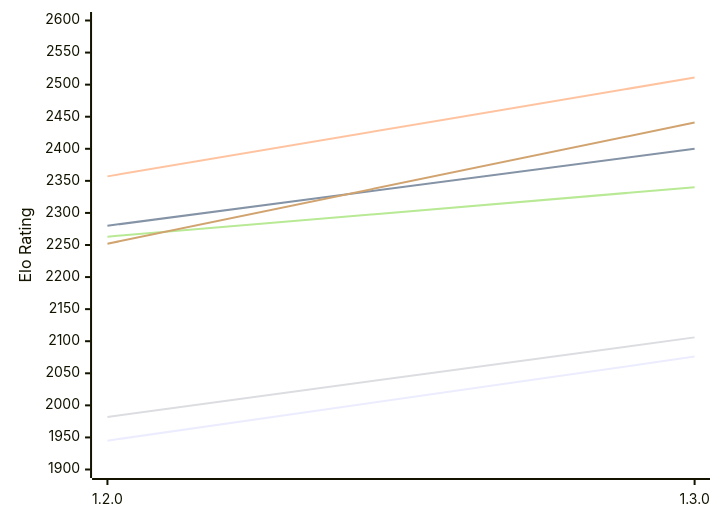
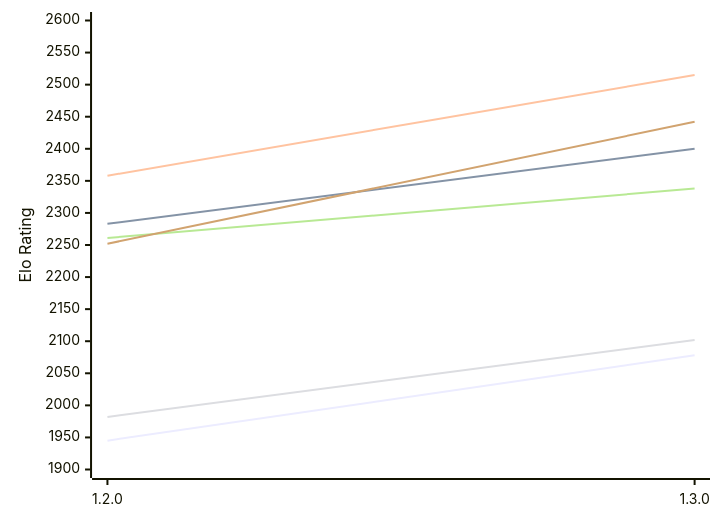
The first of 2 diagrams in engines/Anodos.md (computer-chess-index/cci), drawn with Mermaid before and after one commit. The commit also changed other lines of this file, not shown here.

Commit message:
Update CCI Ratings (ELO VLTC) - 2026-11-22

````diff
--- a/engines/Anodos.md
+++ b/engines/Anodos.md
@@ -52,12 +52,12 @@
 ```mermaid
 %%{init: {"theme":"base","themeVariables":{"seriesColors:['#a3a3a3','#222221','#faa371']}}}%%
 xychart-beta
   x-axis ["1.2.0", "1.3.0"]
   y-axis "Elo Rating" 1900 --> 2600
-  line "E1: STC (8.0+0.08s)" [1945, 2076]
-  line "E1: LTC (60.0+0.60s)" [2280, 2400]
-  line "E1: VLTC (2m24s+1.12s)" [2357, 2511]
-  line "P1: STC (8.0+0.08s)" [1982, 2106]
-  line "P1: LTC (60.0+0.60s)" [2263, 2340]
-  line "P1: VLTC (2m24s+1.12s)" [2252, 2441]
+  line "E1: STC (8.0+0.08s)" [1945, 2078]
+  line "E1: LTC (60.0+0.60s)" [2283, 2400]
+  line "E1: VLTC (2m24s+1.12s)" [2358, 2515]
+  line "P1: STC (8.0+0.08s)" [1982, 2102]
+  line "P1: LTC (60.0+0.60s)" [2261, 2338]
+  line "P1: VLTC (2m24s+1.12s)" [2252, 2442]
 ```
````
